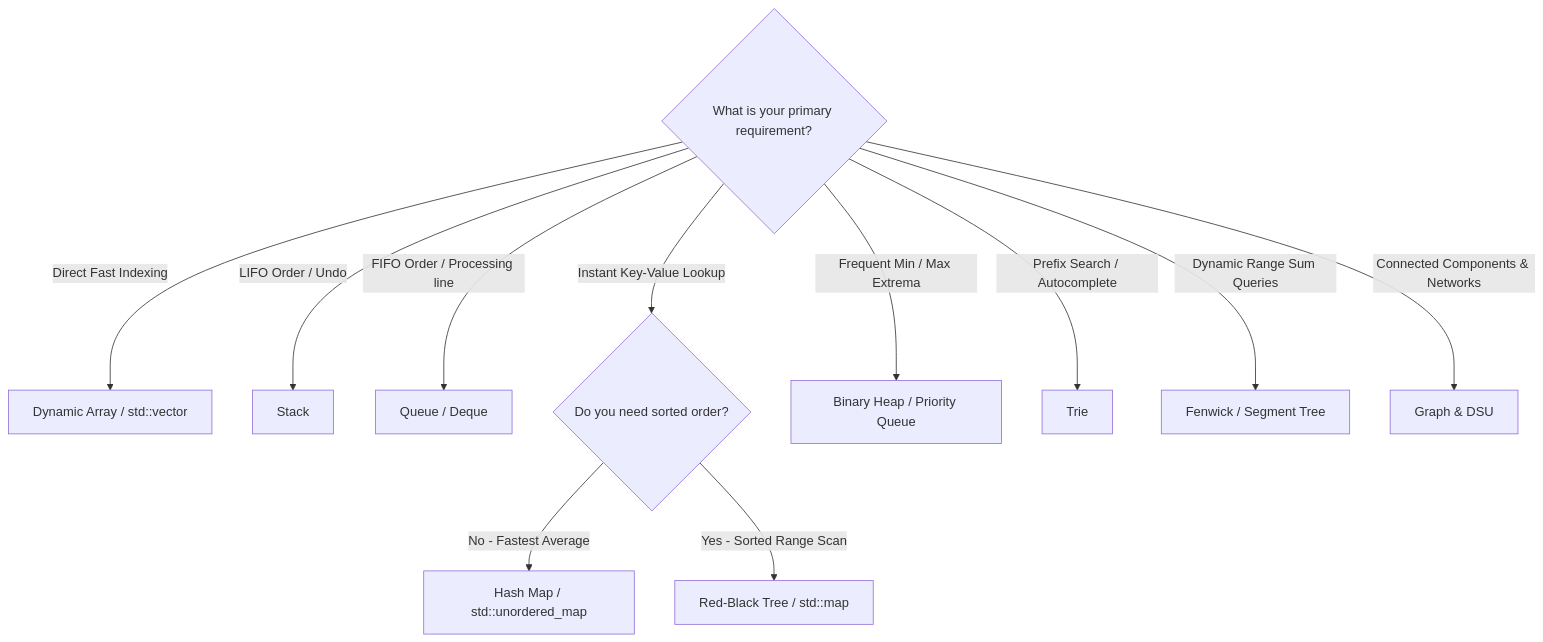
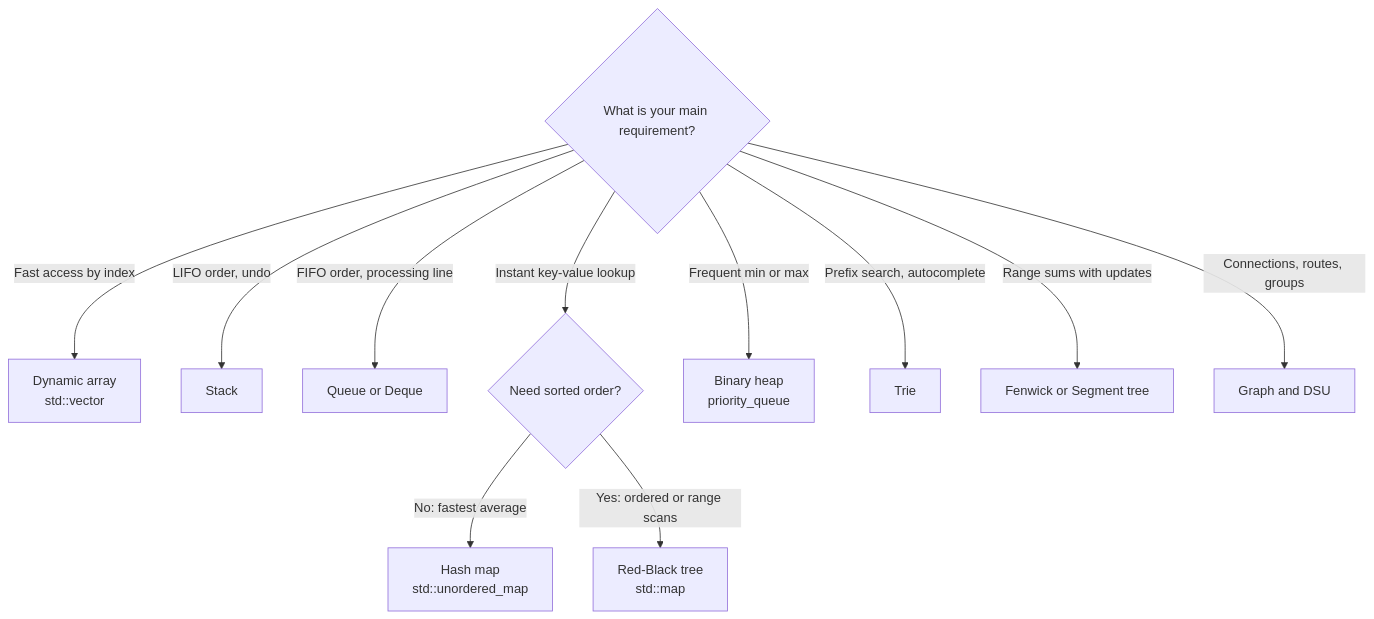
The fourth of 4 diagrams in README.md (shimulshoishob/DataStructure_and_Algorithm), drawn with Mermaid before and after one commit. The commit also changed other lines of this file, not shown here.

````diff
--- a/README.md
+++ b/README.md
@@ -1398,17 +1948,17 @@
 ```mermaid
 flowchart TD
-    Start{What is your primary requirement?}
-    
-    Start -->|Direct Fast Indexing| A[Dynamic Array / std::vector]
-    Start -->|LIFO Order / Undo| S[Stack]
-    Start -->|FIFO Order / Processing line| Q[Queue / Deque]
-    Start -->|Instant Key-Value Lookup| H{Do you need sorted order?}
-    
-    H -->|No - Fastest Average| HM[Hash Map / std::unordered_map]
-    H -->|Yes - Sorted Range Scan| RB[Red-Black Tree / std::map]
-    
-    Start -->|Frequent Min / Max Extrema| HP[Binary Heap / Priority Queue]
-    Start -->|Prefix Search / Autocomplete| TR[Trie]
-    Start -->|Dynamic Range Sum Queries| ST[Fenwick / Segment Tree]
-    Start -->|Connected Components & Networks| GR[Graph & DSU]
+    Start{"What is your main requirement?"}
+
+    Start -->|"Fast access by index"| A["Dynamic array<br/>std::vector"]
+    Start -->|"LIFO order, undo"| S["Stack"]
+    Start -->|"FIFO order, processing line"| Q["Queue or Deque"]
+    Start -->|"Instant key-value lookup"| H{"Need sorted order?"}
+
+    H -->|"No: fastest average"| HM["Hash map<br/>std::unordered_map"]
+    H -->|"Yes: ordered or range scans"| RB["Red-Black tree<br/>std::map"]
+
+    Start -->|"Frequent min or max"| HP["Binary heap<br/>priority_queue"]
+    Start -->|"Prefix search, autocomplete"| TR["Trie"]
+    Start -->|"Range sums with updates"| ST["Fenwick or Segment tree"]
+    Start -->|"Connections, routes, groups"| GR["Graph and DSU"]
 ```
````
